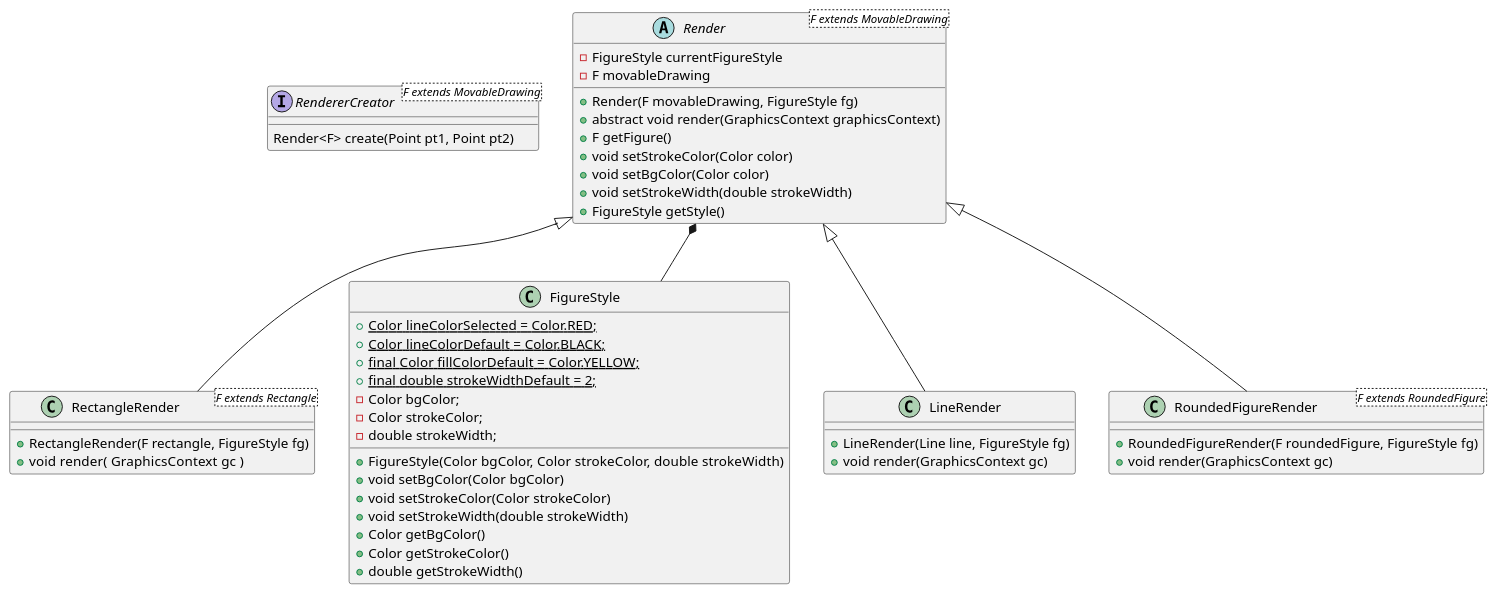
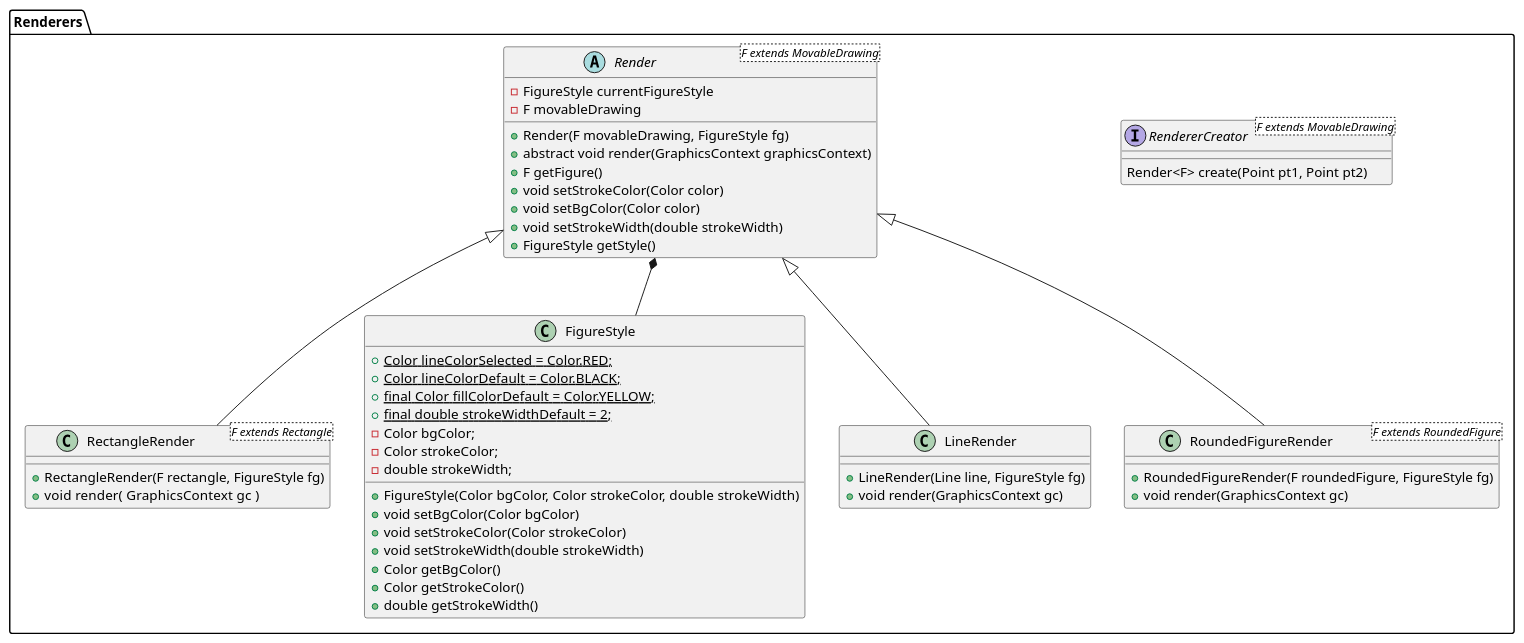
Before and after one commit to camilaDiToro/PAINT-TP-FINAL-POO: the diagram in src/main/java/frontend/UML's/Renderers.puml, drawn with PlantUML. The commit also changed 10 other files, not shown here.

```diff
--- a/src/main/java/frontend/UML's/Renderers.puml
+++ b/src/main/java/frontend/UML's/Renderers.puml
@@ -1,59 +1,61 @@
 @startuml
 'https://plantuml.com/sequence-diagram
+
+package Renderers{
 
 interface RendererCreator<F extends MovableDrawing> {
     Render<F> create(Point pt1, Point pt2)
 }
 
 abstract class Render<F extends MovableDrawing> {
     -FigureStyle currentFigureStyle
     -F movableDrawing
 
    +Render(F movableDrawing, FigureStyle fg)
    +abstract void render(GraphicsContext graphicsContext)
    +F getFigure()
    +void setStrokeColor(Color color)
    +void setBgColor(Color color)
    +void setStrokeWidth(double strokeWidth)
    +FigureStyle getStyle()
 }
 
 class RectangleRender<F extends Rectangle> extends Render {
 
     +RectangleRender(F rectangle, FigureStyle fg)
     +void render( GraphicsContext  gc )
 }
 
 Render *-- FigureStyle
 
 class LineRender extends Render{
     +LineRender(Line line, FigureStyle fg)
     +void render(GraphicsContext gc)
 }
 
 class RoundedFigureRender<F extends RoundedFigure> extends Render {
     + RoundedFigureRender(F roundedFigure, FigureStyle fg)
     + void render(GraphicsContext gc)
 }
 
 class FigureStyle {
 
     +{static} Color lineColorSelected = Color.RED;
     +{static} Color lineColorDefault = Color.BLACK;
     +{static} final Color fillColorDefault = Color.YELLOW;
     +{static} final double strokeWidthDefault = 2;
     - Color bgColor;
     - Color strokeColor;
     - double strokeWidth;
 
 
     + FigureStyle(Color bgColor, Color strokeColor, double strokeWidth)
     + void setBgColor(Color bgColor)
     + void setStrokeColor(Color strokeColor)
     + void setStrokeWidth(double strokeWidth)
     + Color getBgColor()
     + Color getStrokeColor()
     + double getStrokeWidth()
 }
-
+}
 @enduml
```
